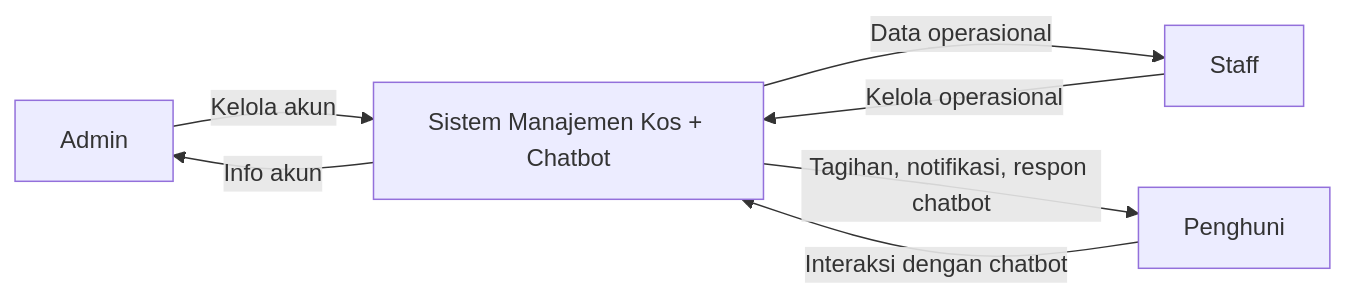
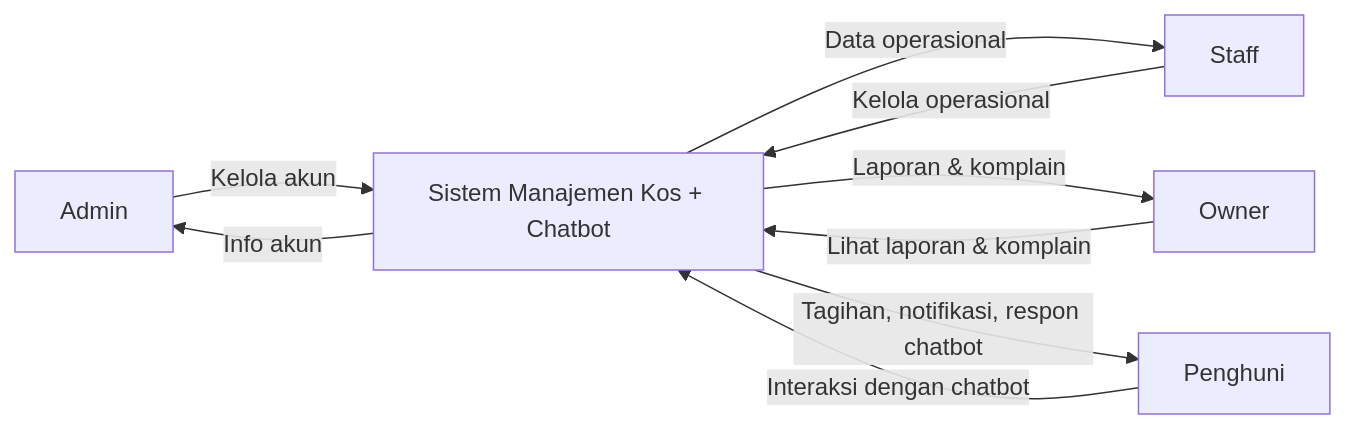
The diagram in docs/diagrams/context.mmd (ahmadyasser72/tem-2), drawn with Mermaid before and after one commit. The commit also changed 21 other files, not shown here.

Commit message:
fix format, tambah aktor (owner), tambah resolved_by pada tabel complaints, ubah class diagram menggunakan plantuml

```diff
--- a/docs/diagrams/context.mmd
+++ b/docs/diagrams/context.mmd
@@ -1,14 +1,17 @@
 flowchart LR
     admin[Admin]
     staff[Staff]
+    owner[Owner]
     tenant[Penghuni]
 
     system[Sistem Manajemen Kos + Chatbot]
 
     admin -->|Kelola akun| system
     staff -->|Kelola operasional| system
+    owner -->|Lihat laporan & komplain| system
     tenant -->|Interaksi dengan chatbot| system
 
     system -->|Info akun| admin
     system -->|Data operasional| staff
+    system -->|Laporan & komplain| owner
     system -->|Tagihan, notifikasi, respon chatbot| tenant
```
